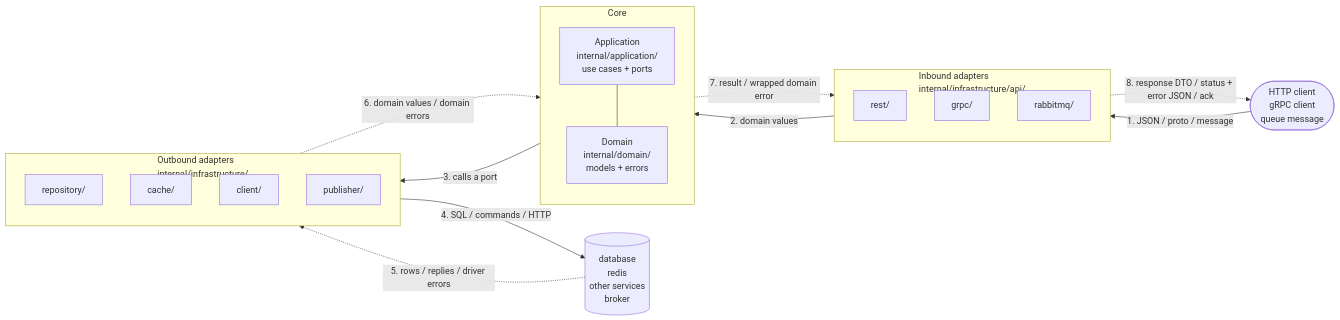
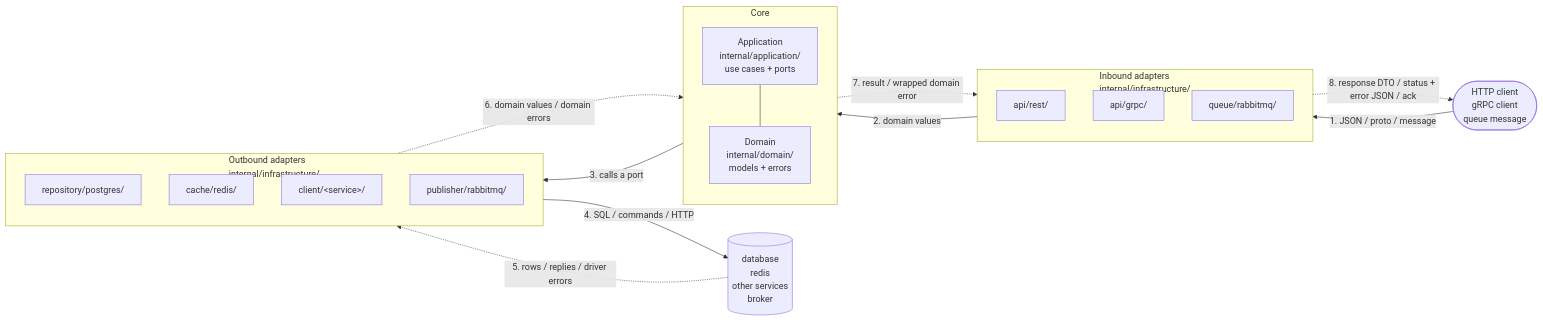
The diagram in roles/ai/files/skills/go-service/SKILL.md (drew138/.dotfiles), drawn with Mermaid before and after one commit. The commit also changed other lines of this file and 3 other files, not shown here.

````diff
--- a/roles/ai/files/skills/go-service/SKILL.md
+++ b/roles/ai/files/skills/go-service/SKILL.md
@@ -32,38 +32,38 @@
 ```mermaid
 flowchart LR
     caller(["HTTP client<br/>gRPC client<br/>queue message"])
 
-    subgraph inbound["Inbound adapters<br/>internal/infrastructure/api/"]
+    subgraph inbound["Inbound adapters<br/>internal/infrastructure/"]
         direction TB
-        rest["rest/"]
-        grpc["grpc/"]
-        consumer["rabbitmq/"]
+        rest["api/rest/"]
+        grpc["api/grpc/"]
+        consumer["queue/rabbitmq/"]
     end
 
     subgraph core["Core"]
         direction TB
         app["Application<br/>internal/application/<br/>use cases + ports"]
         domain["Domain<br/>internal/domain/<br/>models + errors"]
         app --- domain
     end
 
     subgraph outbound["Outbound adapters<br/>internal/infrastructure/"]
         direction TB
-        repo["repository/"]
-        cache["cache/"]
-        client["client/"]
-        pub["publisher/"]
+        repo["repository/postgres/"]
+        cache["cache/redis/"]
+        client["client/&lt;service&gt;/"]
+        pub["publisher/rabbitmq/"]
     end
 
     world[("database<br/>redis<br/>other services<br/>broker")]
 
     caller -->|"1. JSON / proto / message"| inbound
     inbound -->|"2. domain values"| app
     app -->|"3. calls a port"| outbound
     outbound -->|"4. SQL / commands / HTTP"| world
 
     world -.->|"5. rows / replies / driver errors"| outbound
     outbound -.->|"6. domain values / domain errors"| app
     app -.->|"7. result / wrapped domain error"| inbound
     inbound -.->|"8. response DTO / status + error JSON / ack"| caller
 ```
````
